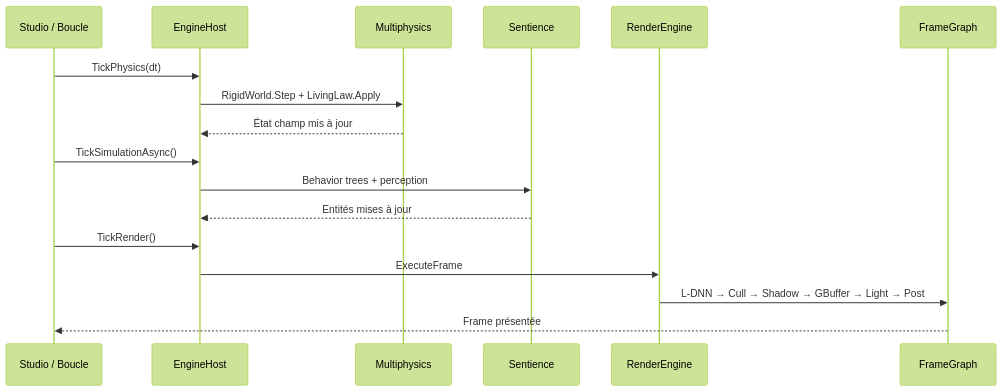
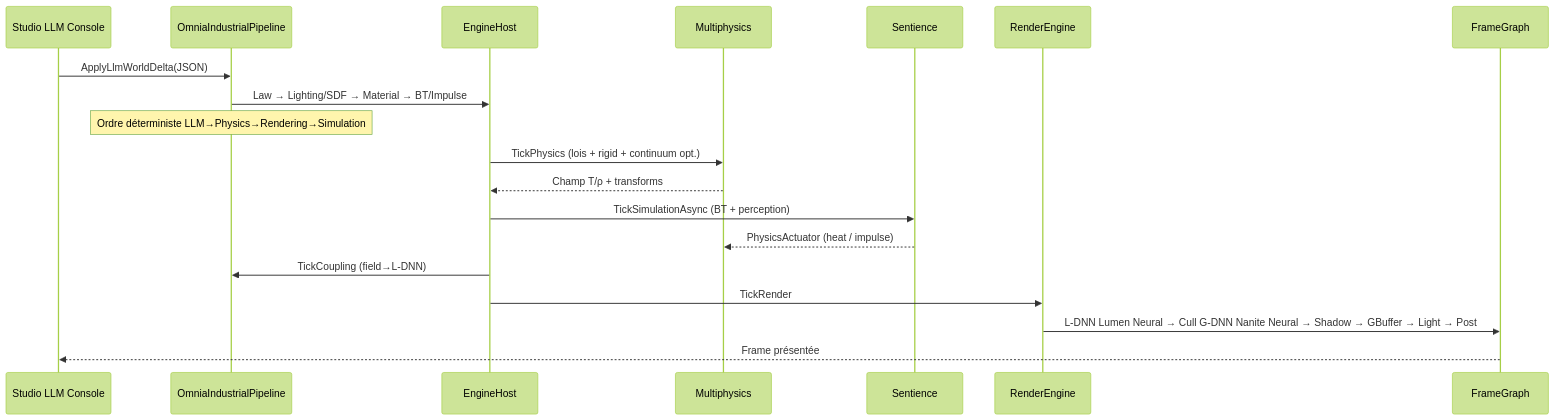
Before and after one commit to QuantumHacker10/Synapse: the third of 7 diagrams in docs/ARCHITECTURE.md, drawn with Mermaid (forest theme). The commit also changed other lines of this file and 17 other files, not shown here.

First line of the commit message:
feat(pipeline): industrial LLM→Physics→Rendering→Simulation cascade

````diff
--- a/docs/ARCHITECTURE.md
+++ b/docs/ARCHITECTURE.md
@@ -161,22 +159,23 @@
 ```mermaid
 sequenceDiagram
-    participant S as Studio / Boucle
+    participant UI as Studio LLM Console
+    participant Pipe as OmniaIndustrialPipeline
     participant E as EngineHost
     participant P as Multiphysics
     participant Sim as Sentience
     participant R as RenderEngine
     participant FG as FrameGraph
 
-    S->>E: TickPhysics(dt)
-    E->>P: RigidWorld.Step + LivingLaw.Apply
-    P-->>E: État champ mis à jour
+    UI->>Pipe: ApplyLlmWorldDelta(JSON)
+    Pipe->>E: Law → Lighting/SDF → Material → BT/Impulse
+    Note over Pipe: Ordre déterministe LLM→Physics→Rendering→Simulation
 
-    S->>E: TickSimulationAsync()
-    E->>Sim: Behavior trees + perception
-    Sim-->>E: Entités mises à jour
-
-    S->>E: TickRender()
-    E->>R: ExecuteFrame
-    R->>FG: L-DNN → Cull → Shadow → GBuffer → Light → Post
-    FG-->>S: Frame présentée
+    E->>P: TickPhysics (lois + rigid + continuum opt.)
+    P-->>E: Champ T/ρ + transforms
+    E->>Sim: TickSimulationAsync (BT + perception)
+    Sim-->>P: PhysicsActuator (heat / impulse)
+    E->>Pipe: TickCoupling (field→L-DNN)
+    E->>R: TickRender
+    R->>FG: L-DNN Lumen Neural → Cull G-DNN Nanite Neural → Shadow → GBuffer → Light → Post
+    FG-->>UI: Frame présentée
 ```
````
